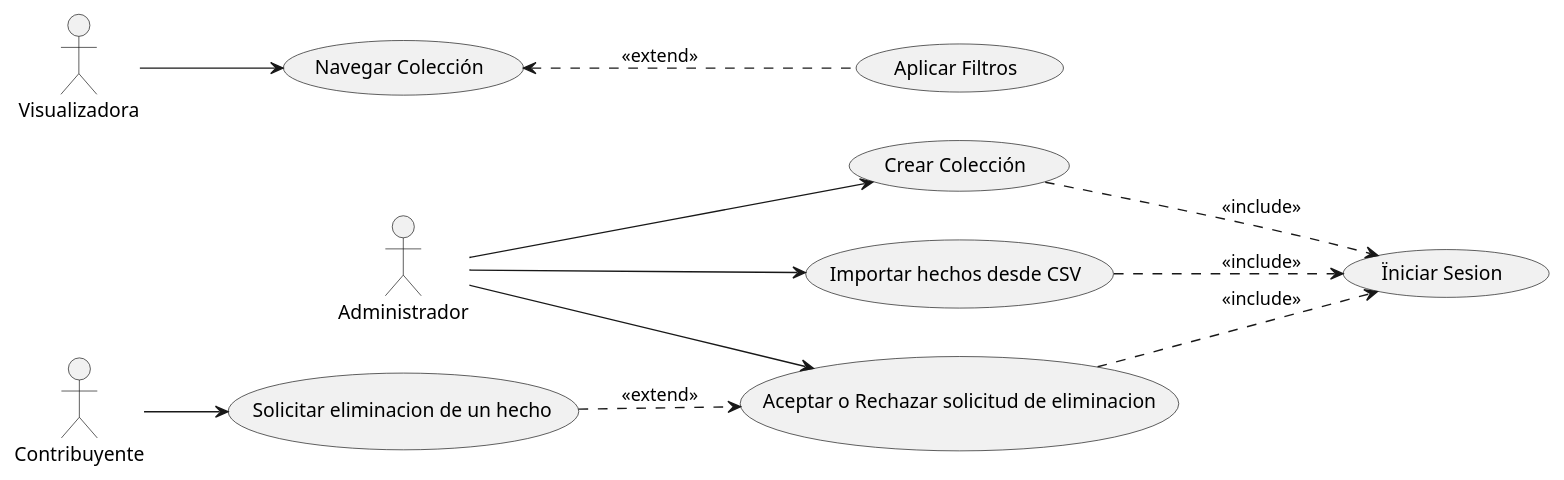
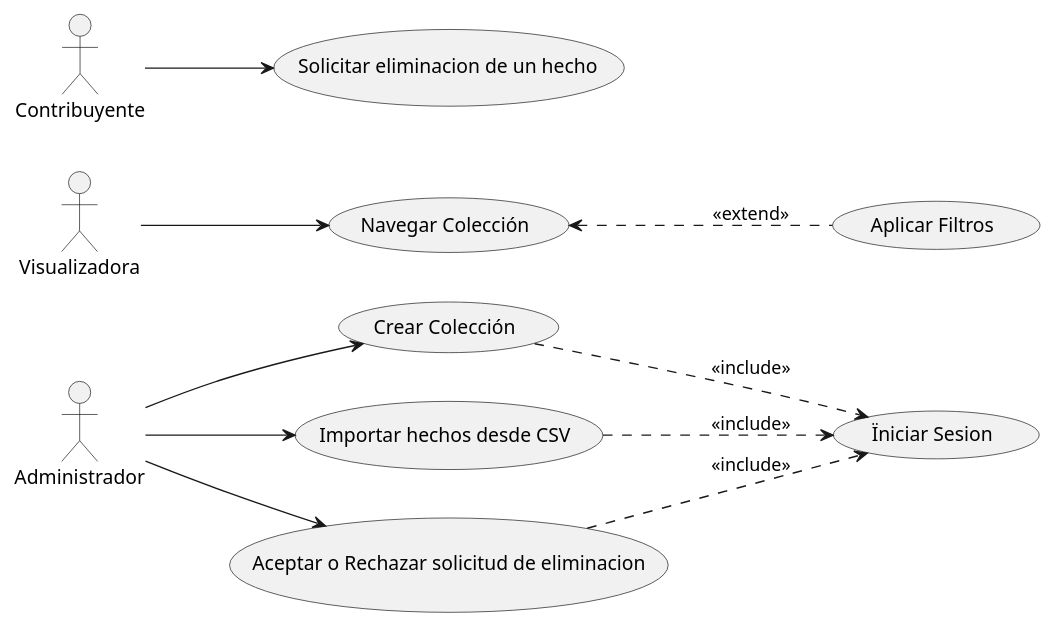
One commit to jotafabri/metamapa changed the diagram in diagramas/casouso.puml. Above: the diagram before and after it, drawn with PlantUML.

```diff
--- a/diagramas/casouso.puml
+++ b/diagramas/casouso.puml
@@ -1,30 +1,26 @@
 @startuml
 'https://plantuml.com/use-case-diagram
 left to right direction
 
 :Administrador: --> (Crear Colección)
 :Administrador: --> (Importar hechos desde CSV)
 :Administrador: --> (Aceptar o Rechazar solicitud de eliminacion)
 
 :Visualizadora: --> (Navegar Colección)
 (Navegar Colección) <.. (Aplicar Filtros) : <<extend>>
 
 :Contribuyente: --> (Solicitar eliminacion de un hecho)
-
-
-(Solicitar eliminacion de un hecho) ..> (Aceptar o Rechazar solicitud de eliminacion) : <<extend>>
-
 
 (Crear Colección) ..> (Ïniciar Sesion) : <<include>>
 (Importar hechos desde CSV) ..> (Ïniciar Sesion) : <<include>>
 (Aceptar o Rechazar solicitud de eliminacion) ..> (Ïniciar Sesion) : <<include>>
 
 
 
 
 
 
 
 
 
 @enduml
```
